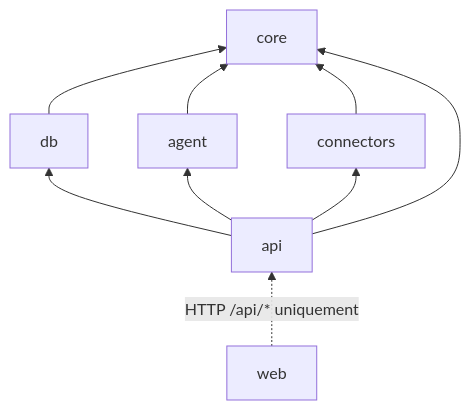
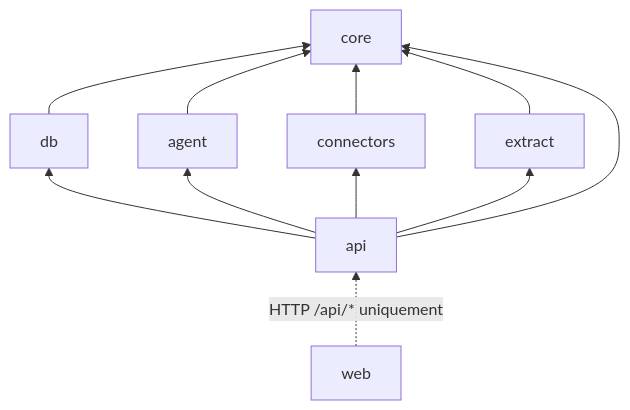
One commit to OrizonLab/mimorya changed the second of 4 diagrams in docs/ARCHITECTURE.md. Above: the diagram before and after it, drawn with Mermaid. The commit also changed other lines of this file and 12 other files, not shown here.

````diff
--- a/docs/ARCHITECTURE.md
+++ b/docs/ARCHITECTURE.md
@@ -95,9 +96,10 @@
 ```mermaid
 flowchart BT
   core
   db --> core
   agent --> core
   connectors --> core
-  api --> db & agent & connectors & core
+  extract --> core
+  api --> db & agent & connectors & extract & core
   web -. HTTP /api/* uniquement .-> api
 ```
````
